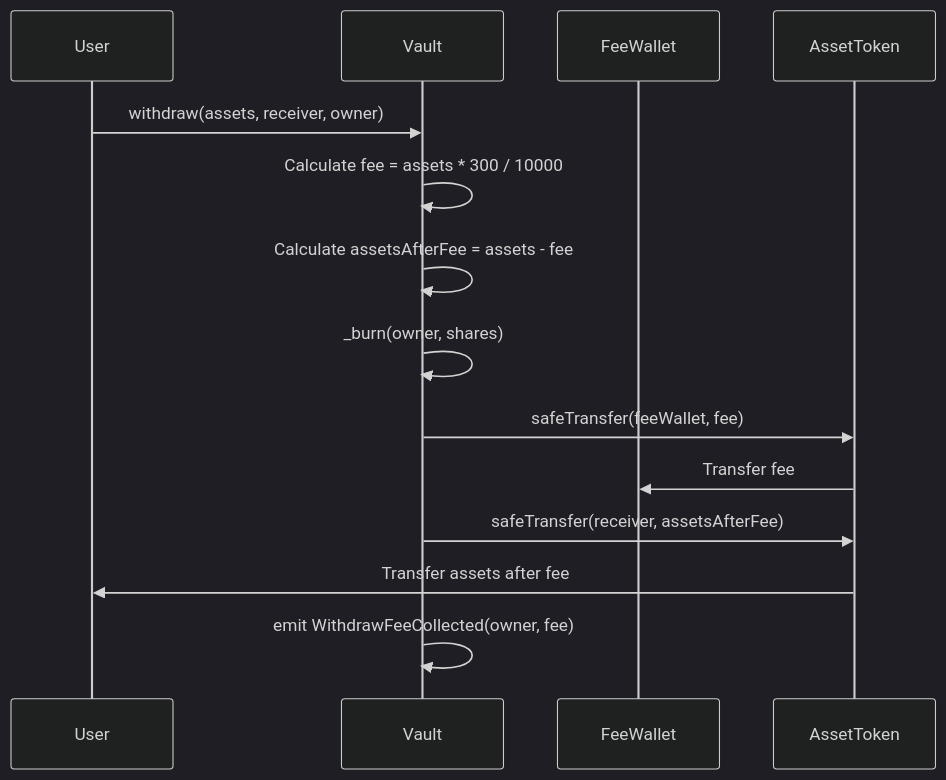
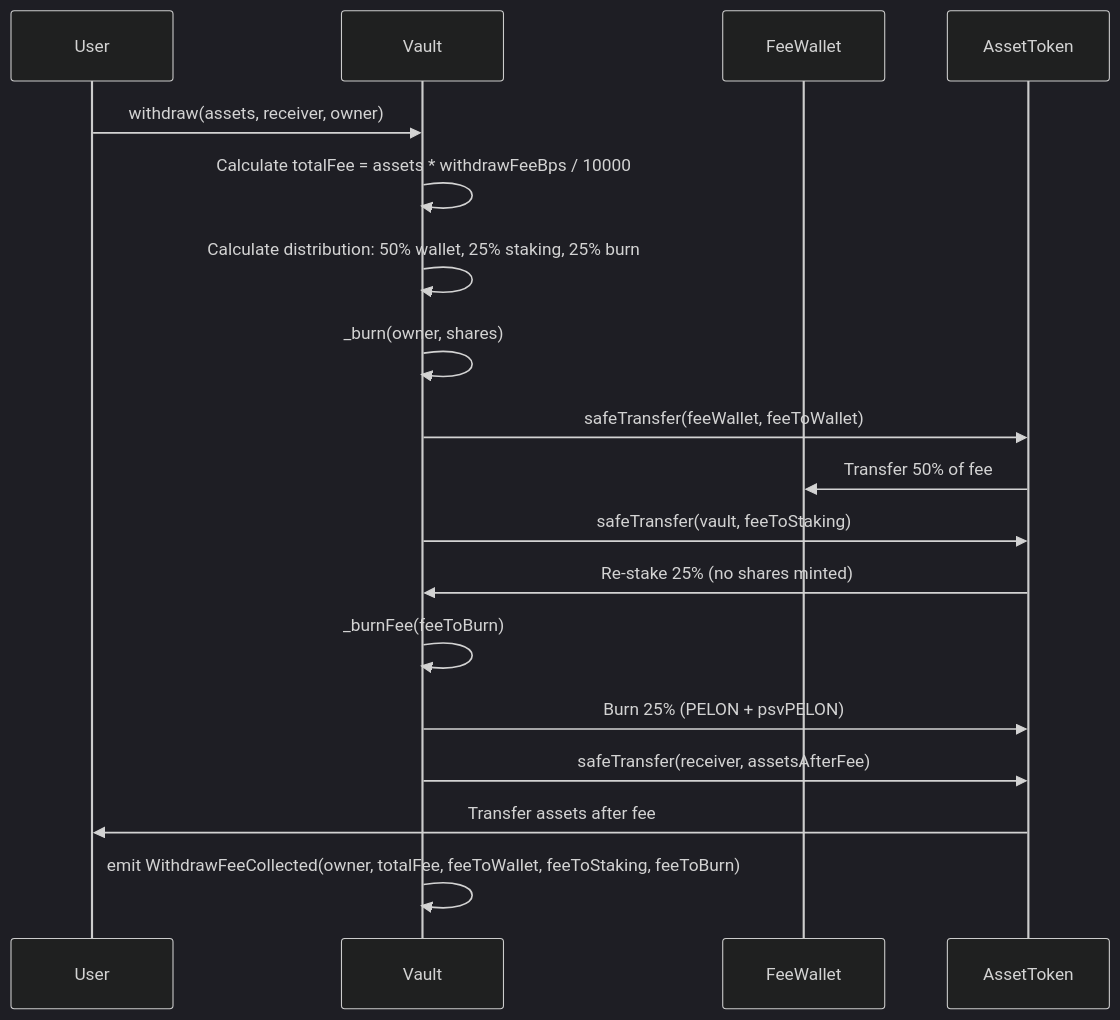
Before and after one commit to PelonClub/PelonClub-BaseNetwork-Monorepo: the fifth of 7 diagrams in docs/en/pelon-staking-vault.md, drawn with Mermaid (dark theme). The commit also changed other lines of this file and 11 other files, not shown here.

````diff
--- a/docs/en/pelon-staking-vault.md
+++ b/docs/en/pelon-staking-vault.md
@@ -264,17 +348,21 @@
 ```mermaid
 sequenceDiagram
     participant User
     participant Vault
     participant FeeWallet
     participant AssetToken
     
     User->>Vault: withdraw(assets, receiver, owner)
-    Vault->>Vault: Calculate fee = assets * 300 / 10000
-    Vault->>Vault: Calculate assetsAfterFee = assets - fee
+    Vault->>Vault: Calculate totalFee = assets * withdrawFeeBps / 10000
+    Vault->>Vault: Calculate distribution: 50% wallet, 25% staking, 25% burn
     Vault->>Vault: _burn(owner, shares)
-    Vault->>AssetToken: safeTransfer(feeWallet, fee)
-    AssetToken->>FeeWallet: Transfer fee
+    Vault->>AssetToken: safeTransfer(feeWallet, feeToWallet)
+    AssetToken->>FeeWallet: Transfer 50% of fee
+    Vault->>AssetToken: safeTransfer(vault, feeToStaking)
+    AssetToken->>Vault: Re-stake 25% (no shares minted)
+    Vault->>Vault: _burnFee(feeToBurn)
+    Vault->>AssetToken: Burn 25% (PELON + psvPELON)
     Vault->>AssetToken: safeTransfer(receiver, assetsAfterFee)
     AssetToken->>User: Transfer assets after fee
-    Vault->>Vault: emit WithdrawFeeCollected(owner, fee)
+    Vault->>Vault: emit WithdrawFeeCollected(owner, totalFee, feeToWallet, feeToStaking, feeToBurn)
 ```
````
